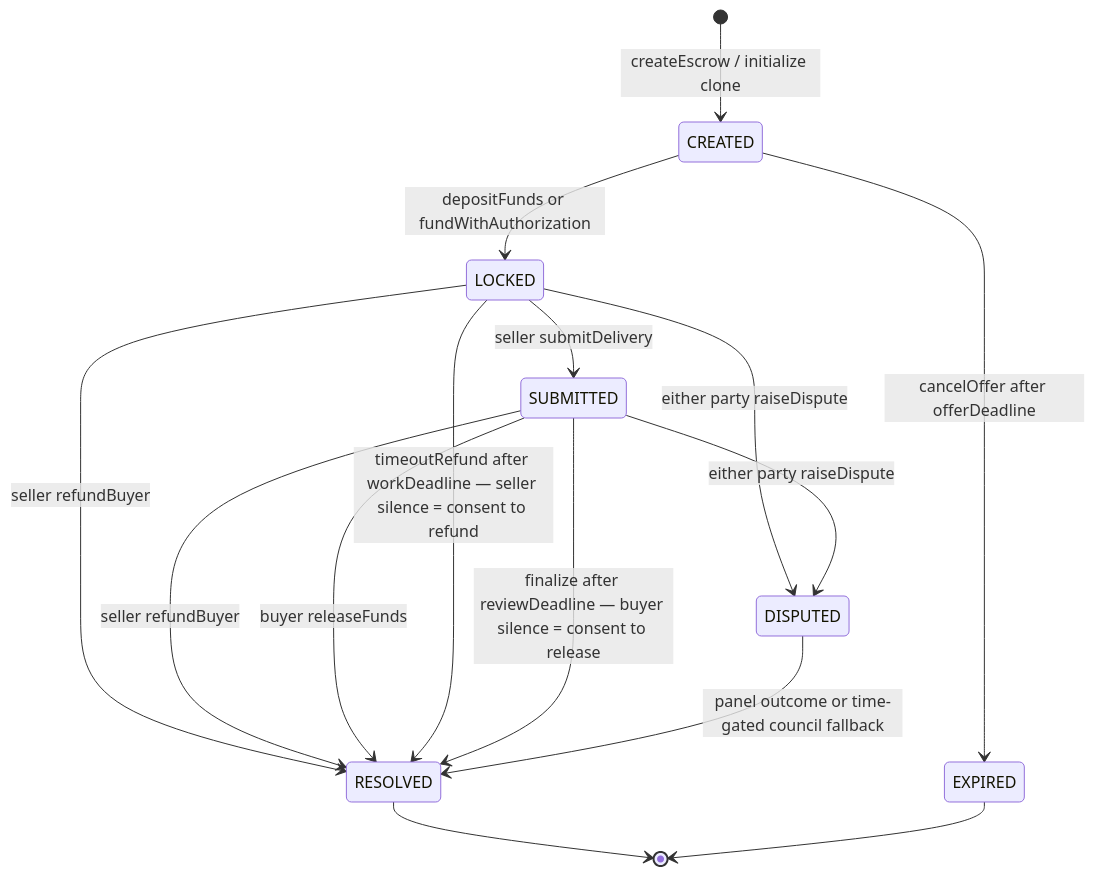
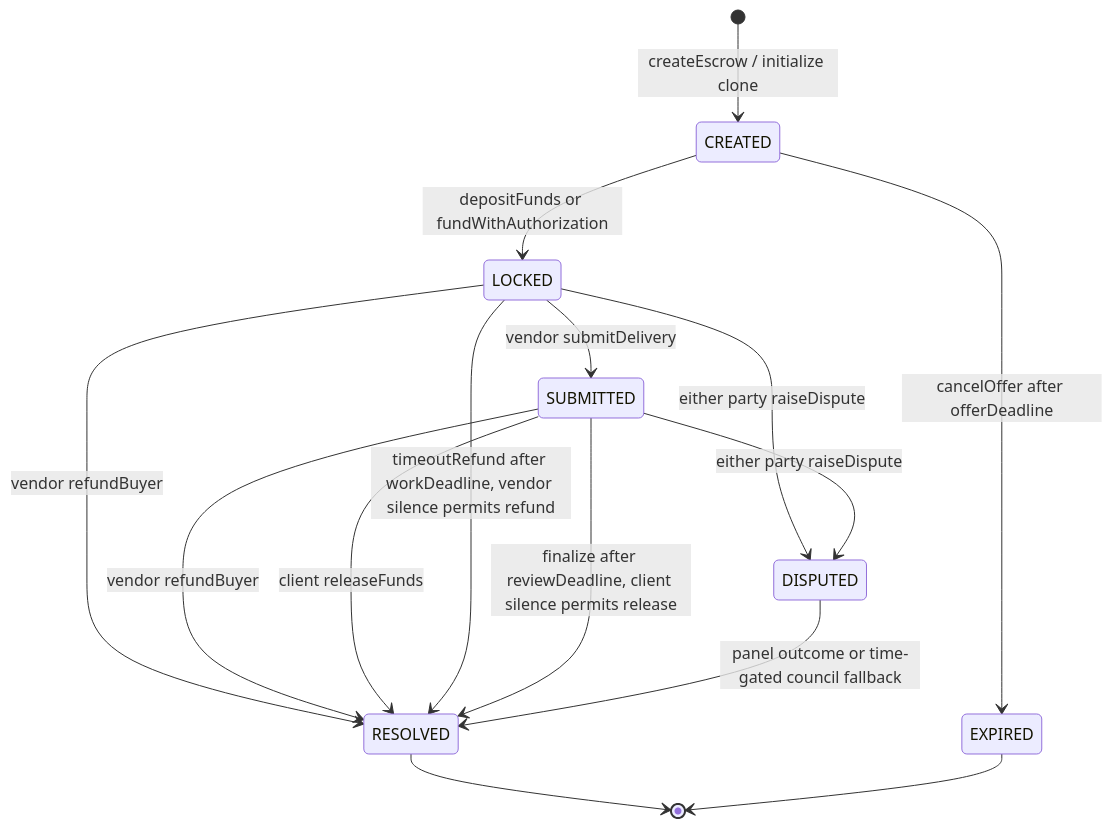
The first of 2 diagrams in README.md (vAPI-Network/vapi-arc), drawn with Mermaid before and after one commit. The commit also changed other lines of this file and 6 other files, not shown here.

````diff
--- a/README.md
+++ b/README.md
@@ -66,17 +50,17 @@
 ```mermaid
 stateDiagram-v2
     [*] --> CREATED: createEscrow / initialize clone
     CREATED --> LOCKED: depositFunds or fundWithAuthorization
     CREATED --> EXPIRED: cancelOffer after offerDeadline
-    LOCKED --> SUBMITTED: seller submitDelivery
+    LOCKED --> SUBMITTED: vendor submitDelivery
     LOCKED --> DISPUTED: either party raiseDispute
     SUBMITTED --> DISPUTED: either party raiseDispute
-    LOCKED --> RESOLVED: seller refundBuyer
-    SUBMITTED --> RESOLVED: seller refundBuyer
-    SUBMITTED --> RESOLVED: buyer releaseFunds
-    LOCKED --> RESOLVED: timeoutRefund after workDeadline — seller silence = consent to refund
-    SUBMITTED --> RESOLVED: finalize after reviewDeadline — buyer silence = consent to release
+    LOCKED --> RESOLVED: vendor refundBuyer
+    SUBMITTED --> RESOLVED: vendor refundBuyer
+    SUBMITTED --> RESOLVED: client releaseFunds
+    LOCKED --> RESOLVED: timeoutRefund after workDeadline, vendor silence permits refund
+    SUBMITTED --> RESOLVED: finalize after reviewDeadline, client silence permits release
     DISPUTED --> RESOLVED: panel outcome or time-gated council fallback
     RESOLVED --> [*]
     EXPIRED --> [*]
 ```
````
